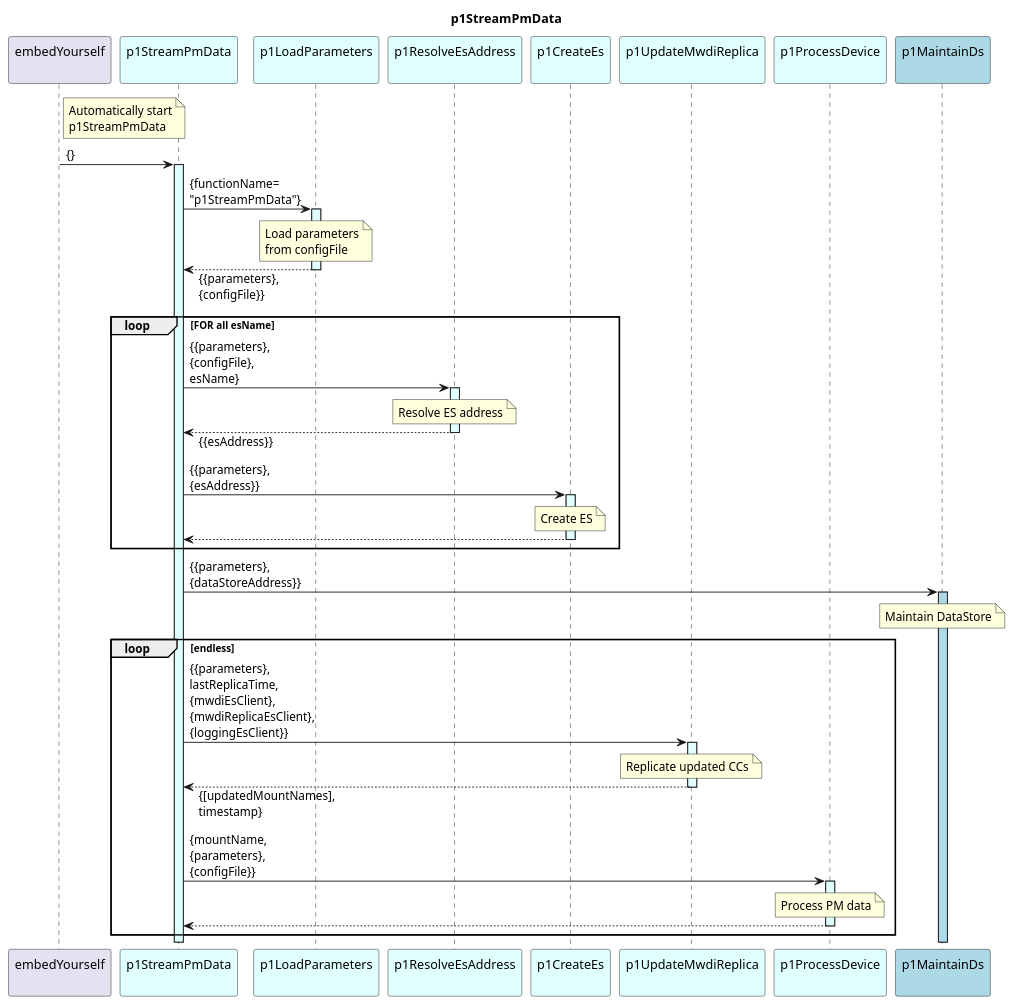
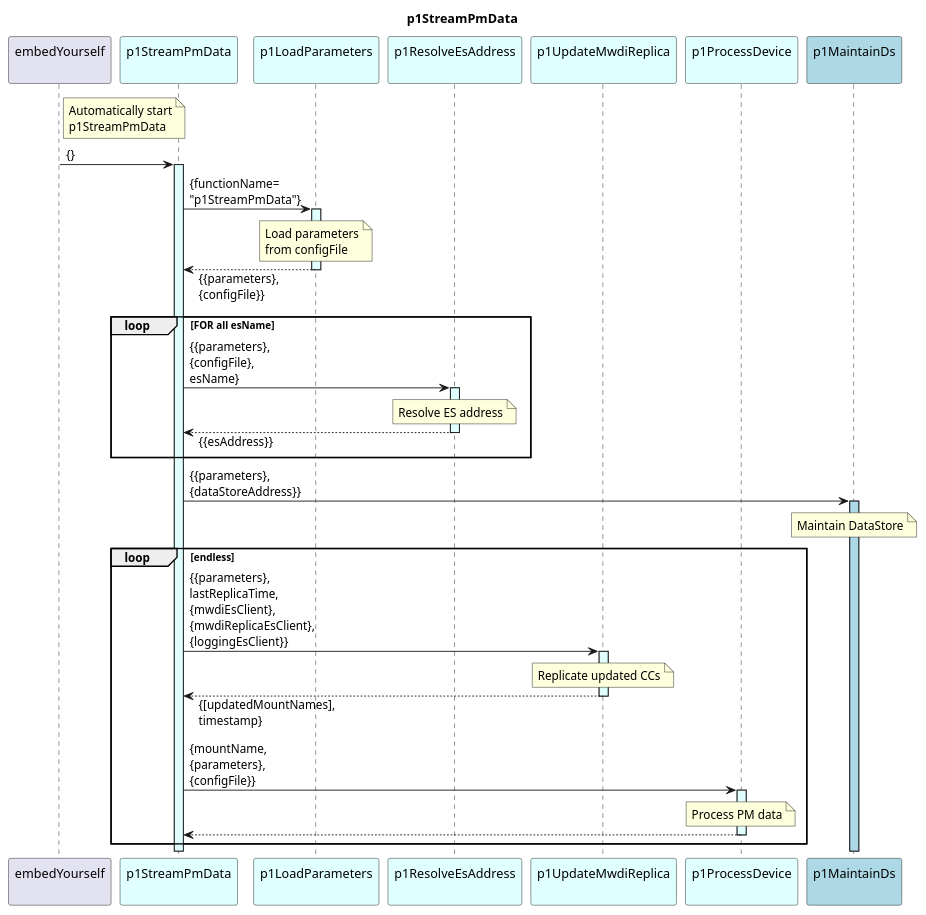
Before and after one commit to openBackhaul/DevicePerformanceManagementDataProcessor: the diagram in spec/Functions/specificFunctions/p1StreamPmData/1.0.0/p1StreamPmData.plantuml, drawn with PlantUML. The commit also changed 9 other files, not shown here.

Commit message:
Add variable.yaml to p1loadParameters; Descope p1CreateEs

```diff
--- a/spec/Functions/specificFunctions/p1StreamPmData/1.0.0/p1StreamPmData.plantuml
+++ b/spec/Functions/specificFunctions/p1StreamPmData/1.0.0/p1StreamPmData.plantuml
@@ -1,79 +1,68 @@
 @startuml p1StreamPmData
 skinparam responseMessageBelowArrow true
 
 title
   p1StreamPmData
 end title
 
 participant "embedYourself\n" as embed
 participant "p1StreamPmData\n" as p1RMWDI #LightCyan
 participant "p1LoadParameters\n" as p1LP #LightCyan
 participant "p1ResolveEsAddress\n" as p1REA #LightCyan
-participant "p1CreateEs\n" as p1CMR #LightCyan
 participant "p1UpdateMwdiReplica\n" as p1UMR #LightCyan
 participant "p1ProcessDevice\n" as p1ProcessPm #LightCyan
 participant "p1MaintainDs\n" as p1MDS #LightBlue
 
 note right embed
   Automatically start
   p1StreamPmData
 end note
 embed -> p1RMWDI : {}
 activate p1RMWDI #LightCyan
 
   p1RMWDI -> p1LP : {functionName=\n"p1StreamPmData"}
   activate p1LP #LightCyan
     note over p1LP
       Load parameters
       from configFile
     end note
   p1RMWDI <-- p1LP : {{parameters},\n{configFile}}
   deactivate p1LP
 
   Loop FOR all esName
-
     p1RMWDI -> p1REA : {{parameters},\n{configFile},\nesName}
     activate p1REA #LightCyan
       note over p1REA
         Resolve ES address
       end note
     p1RMWDI <-- p1REA : {{esAddress}}
     deactivate p1REA
-
-    p1RMWDI -> p1CMR : {{parameters},\n{esAddress}}
-    activate p1CMR #LightCyan
-      note over p1CMR
-        Create ES
-      end note
-    p1RMWDI <-- p1CMR
-    deactivate p1CMR
-
   end Loop
 
   p1RMWDI -> p1MDS : {{parameters},\n{dataStoreAddress}}
   activate p1MDS #LightBlue
     note over p1MDS
       Maintain DataStore
     end note
 
   Loop endless
 
     p1RMWDI -> p1UMR : {{parameters},\nlastReplicaTime,\n{mwdiEsClient},\n{mwdiReplicaEsClient},\n{loggingEsClient}}
     activate p1UMR #LightCyan
       note over p1UMR
         Replicate updated CCs
       end note
     p1RMWDI <-- p1UMR : {[updatedMountNames],\ntimestamp}
     deactivate p1UMR
 
     p1RMWDI -> p1ProcessPm : {mountName,\n{parameters},\n{configFile}}
     activate p1ProcessPm #LightCyan
       note over p1ProcessPm
         Process PM data
       end note
     p1RMWDI <-- p1ProcessPm
     deactivate p1ProcessPm
 
   end Loop
 
 @enduml
```
